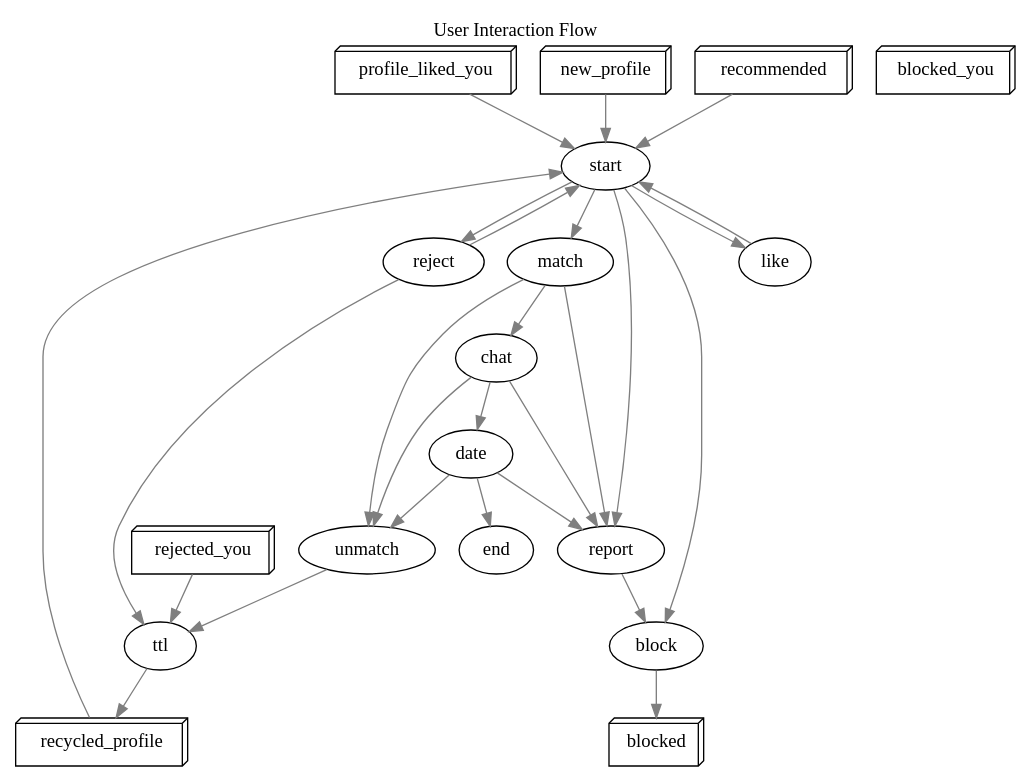
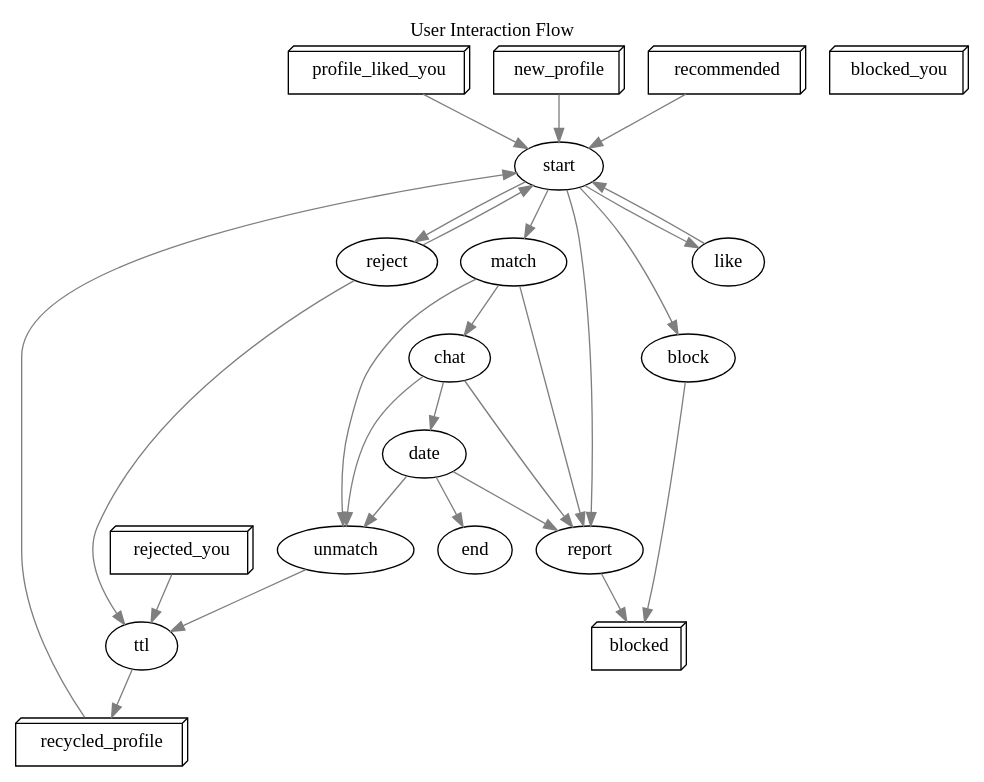
The diagram in docs/app-flow.dot (rk23/hinge-app), drawn with Graphviz before and after one commit. The commit also changed 8 other files, not shown here.

```diff
--- a/docs/app-flow.dot
+++ b/docs/app-flow.dot
@@ -1,21 +1,21 @@
 digraph G {
     graph [label="User Interaction Flow"; labelloc="t"; compound="true";]
     edge [color=gray50; arrowhead=normal]
 
     // Profile association types
     profile_liked_you, new_profile, recommended, recycled_profile, rejected_you, blocked, blocked_you [shape="box3d"]
 
     // Actions served to you before you've made any actions
     profile_liked_you, new_profile, recommended, recycled_profile -> start
 
     start -> reject, block, report, match, like 
 
     reject -> ttl, start
-    report -> block -> blocked 
+    report, block -> blocked 
     rejected_you, unmatch -> ttl -> recycled_profile   
     chat, date -> report, unmatch 
     
     like -> start
     match -> unmatch, report, chat
     chat -> date -> end
 }
```
